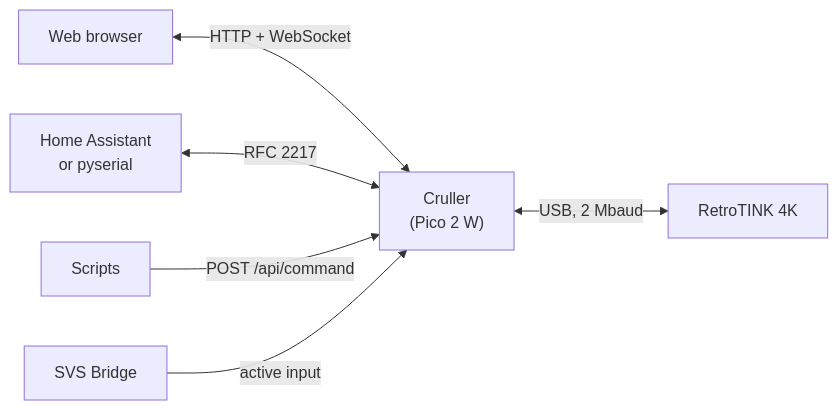
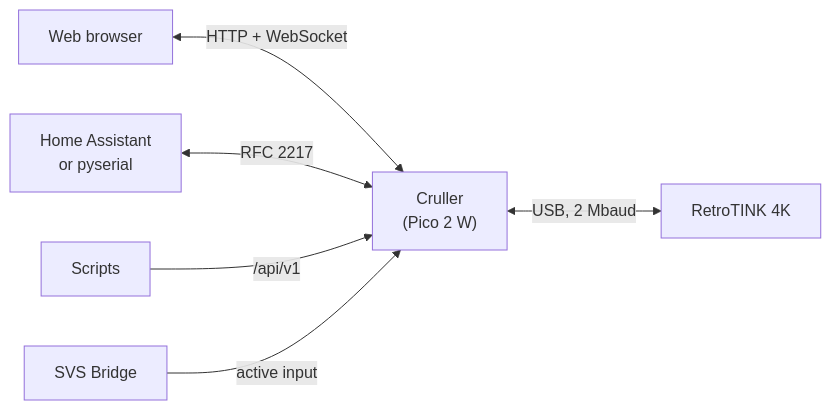
Before and after one commit to margaale/Cruller: the diagram in README.md, drawn with Mermaid. The commit also changed other lines of this file and 13 other files, not shown here.

First line of the commit message:
API v1: versioned routes for Home Assistant and scripts, "api=1" in the TXT (#21)

````diff
--- a/README.md
+++ b/README.md
@@ -48,8 +48,8 @@
 ```mermaid
 flowchart LR
     browser["Web browser"] <-- "HTTP + WebSocket" --> cruller
     ha["Home Assistant<br/>or pyserial"] <-- "RFC 2217" --> cruller
-    scripts["Scripts"] -- "POST /api/command" --> cruller
+    scripts["Scripts"] -- "/api/v1" --> cruller
     bridge["SVS Bridge"] -- "active input" --> cruller
     cruller["Cruller<br/>(Pico 2 W)"] <-- "USB, 2 Mbaud" --> rt4k["RetroTINK 4K"]
 ```
````
